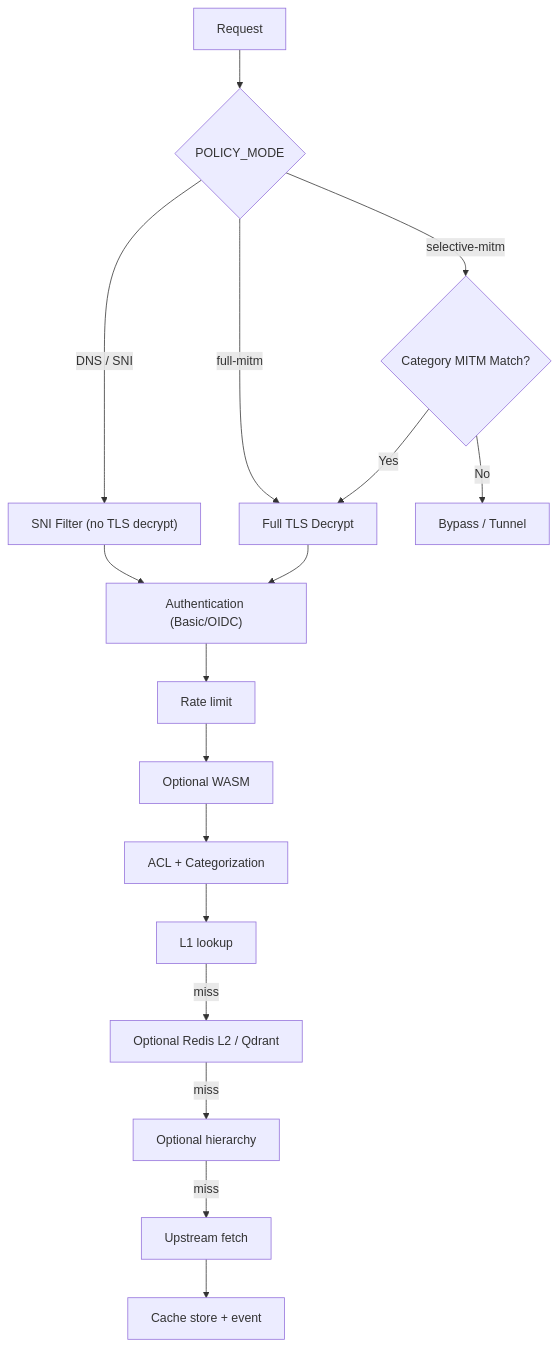
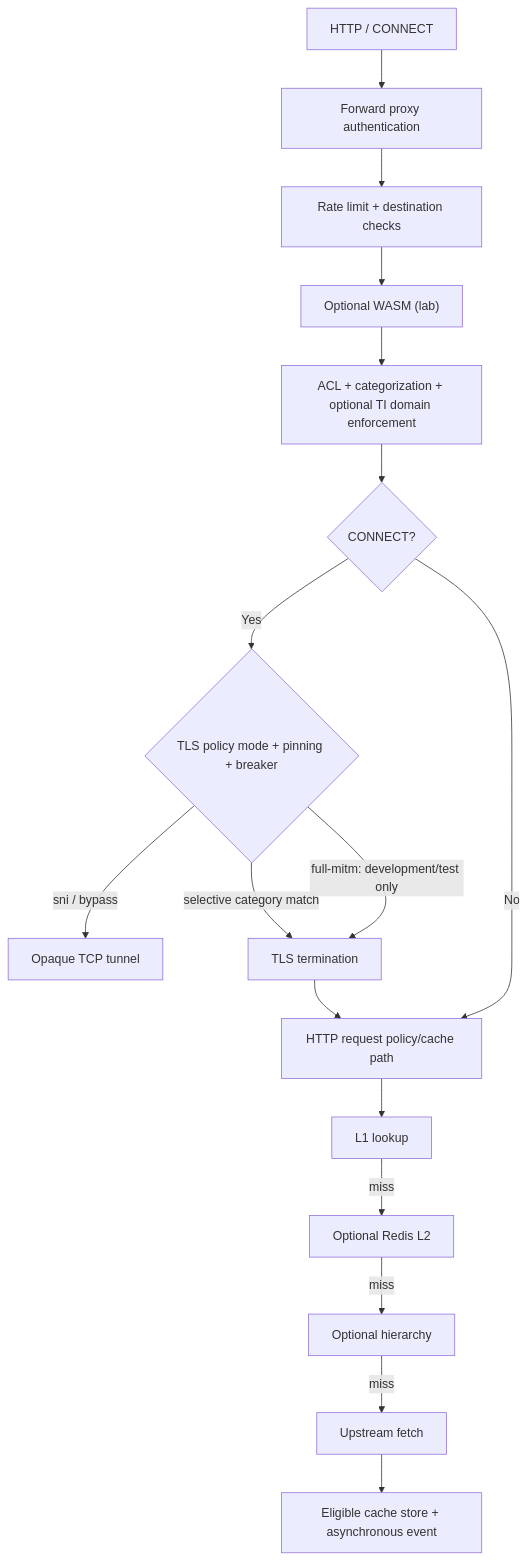
The second of 2 diagrams in docs/architecture/overview.md (onixus/bsdm-proxy), drawn with Mermaid before and after one commit. The commit also changed other lines of this file and 42 other files, not shown here.

````diff
--- a/docs/architecture/overview.md
+++ b/docs/architecture/overview.md
@@ -30,19 +30,19 @@
 ```mermaid
 flowchart TD
-    Request["Request"] --> PolicyMode{"POLICY_MODE"}
-    PolicyMode -->|DNS / SNI| SNICheck["SNI Filter (no TLS decrypt)"]
-    PolicyMode -->|selective-mitm| CatCheck{"Category MITM Match?"}
-    PolicyMode -->|full-mitm| FullDecrypt["Full TLS Decrypt"]
-    CatCheck -->|No| Passthrough["Bypass / Tunnel"]
-    CatCheck -->|Yes| FullDecrypt
-    SNICheck --> Auth["Authentication (Basic/OIDC)"]
-    FullDecrypt --> Auth
-    Auth --> Rate["Rate limit"]
-    Rate --> Hook["Optional WASM"]
-    Hook --> Policy["ACL + Categorization"]
-    Policy --> L1["L1 lookup"]
-    L1 -->|miss| L2["Optional Redis L2 / Qdrant"]
+    Request["HTTP / CONNECT"] --> Auth["Forward proxy authentication"]
+    Auth --> Rate["Rate limit + destination checks"]
+    Rate --> Hook["Optional WASM (lab)"]
+    Hook --> Policy["ACL + categorization + optional TI domain enforcement"]
+    Policy --> Kind{"CONNECT?"}
+    Kind -->|Yes| PolicyMode{"TLS policy mode + pinning + breaker"}
+    PolicyMode -->|sni / bypass| Tunnel["Opaque TCP tunnel"]
+    PolicyMode -->|selective category match| Decrypt["TLS termination"]
+    PolicyMode -->|full-mitm: development/test only| Decrypt
+    Decrypt --> HTTP["HTTP request policy/cache path"]
+    Kind -->|No| HTTP
+    HTTP --> L1["L1 lookup"]
+    L1 -->|miss| L2["Optional Redis L2"]
     L2 -->|miss| Hier["Optional hierarchy"]
     Hier -->|miss| Upstream["Upstream fetch"]
-    Upstream --> Store["Cache store + event"]
+    Upstream --> Store["Eligible cache store + asynchronous event"]
 ```
````
